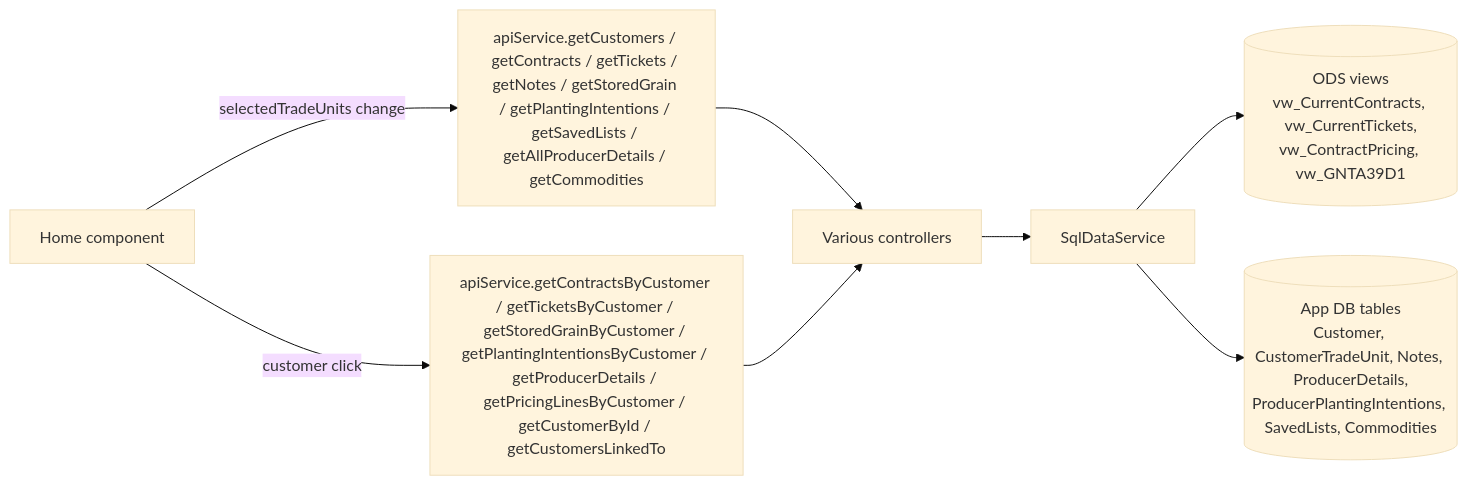
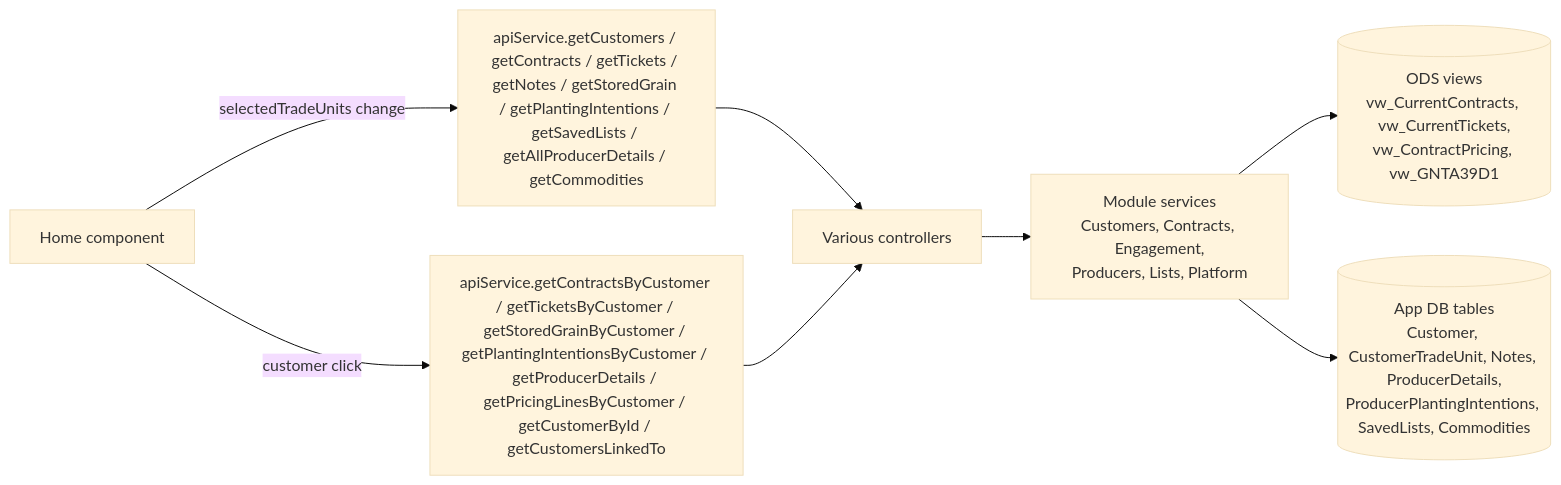
Before and after one commit to GrosseLimace/origination: the diagram in docs/application-context/Customer Home Page.md, drawn with Mermaid (base theme). The commit also changed other lines of this file and 7 other files, not shown here.

First line of the commit message:
docs(architecture): close out Phase 2 with docs that match the module layout

````diff
--- a/docs/application-context/Customer Home Page.md
+++ b/docs/application-context/Customer Home Page.md
@@ -107,12 +107,12 @@
 ```mermaid
 flowchart LR
     UI[Home component]
     UI -- "selectedTradeUnits change" --> Get[apiService.getCustomers / getContracts / getTickets / getNotes / getStoredGrain / getPlantingIntentions / getSavedLists / getAllProducerDetails / getCommodities]
     Get --> CTL[Various controllers]
-    CTL --> SVC[SqlDataService]
+    CTL --> SVC[Module services<br/>Customers, Contracts, Engagement,<br/>Producers, Lists, Platform]
     SVC --> ODS[(ODS views<br/>vw_CurrentContracts, vw_CurrentTickets,<br/>vw_ContractPricing, vw_GNTA39D1)]
     SVC --> APP[(App DB tables<br/>Customer, CustomerTradeUnit, Notes, ProducerDetails,<br/>ProducerPlantingIntentions, SavedLists, Commodities)]
 
     UI -- "customer click" --> ByCustomer[apiService.getContractsByCustomer / getTicketsByCustomer / getStoredGrainByCustomer / getPlantingIntentionsByCustomer / getProducerDetails / getPricingLinesByCustomer / getCustomerById / getCustomersLinkedTo]
     ByCustomer --> CTL
 ```
````
